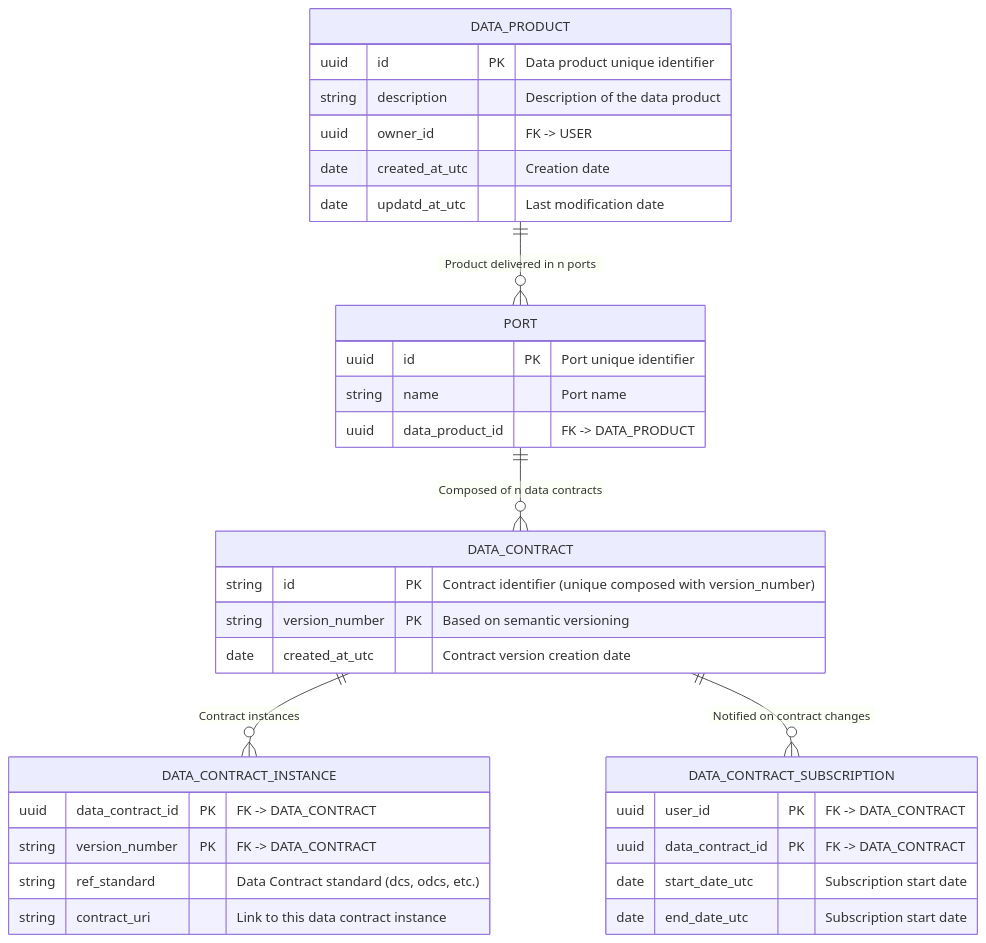
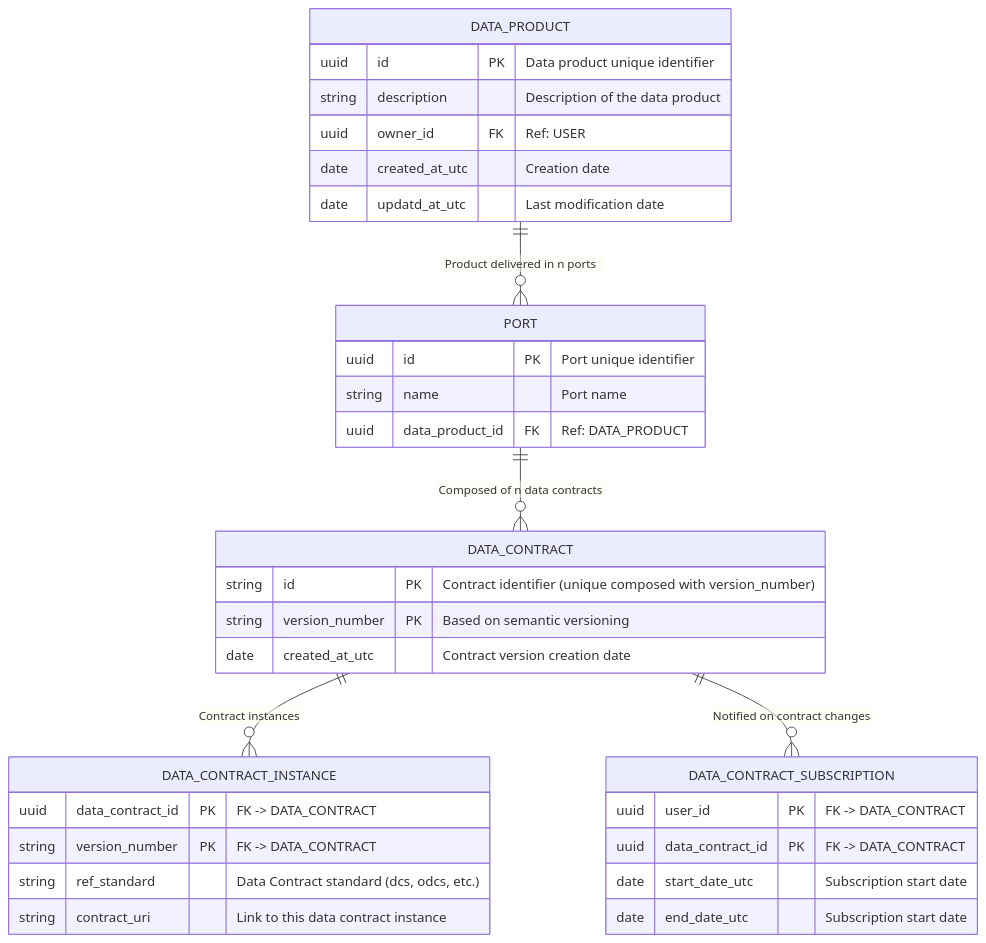
Before and after one commit to monmaya/base-impl: the diagram in docs/relational_model.md, drawn with Mermaid.

````diff
--- a/docs/relational_model.md
+++ b/docs/relational_model.md
@@ -5,46 +5,46 @@
 ```mermaid
 
 erDiagram
 
     DATA_PRODUCT {
         uuid id PK "Data product unique identifier"
         string description "Description of the data product"
-        uuid owner_id "FK -> USER"
+        uuid owner_id FK "Ref: USER"
         date created_at_utc "Creation date"
         date updatd_at_utc "Last modification date"
     }
 
     PORT {
         uuid id PK "Port unique identifier"
         string name "Port name"
-        uuid data_product_id "FK -> DATA_PRODUCT"
+        uuid data_product_id FK "Ref: DATA_PRODUCT"
     }
 
     DATA_CONTRACT {
         string id PK "Contract identifier (unique composed with version_number)"
         string version_number PK "Based on semantic versioning"
         date created_at_utc "Contract version creation date"
     }
 
     DATA_CONTRACT_INSTANCE {
         uuid data_contract_id PK "FK -> DATA_CONTRACT"
         string version_number PK "FK -> DATA_CONTRACT"
         string ref_standard "Data Contract standard (dcs, odcs, etc.)"
         string contract_uri "Link to this data contract instance"
     }
     
     DATA_CONTRACT_SUBSCRIPTION {
         uuid user_id PK "FK -> DATA_CONTRACT"
         uuid data_contract_id PK "FK -> DATA_CONTRACT"
         date start_date_utc "Subscription start date"
         date end_date_utc "Subscription start date"
     }
 
 
     DATA_PRODUCT ||--o{ PORT : "Product delivered in n ports"
     PORT ||--o{ DATA_CONTRACT : "Composed of n data contracts"
     DATA_CONTRACT ||--o{ DATA_CONTRACT_INSTANCE : "Contract instances"
     DATA_CONTRACT ||--o{ DATA_CONTRACT_SUBSCRIPTION : "Notified on contract changes"
 
 
   ```
````
